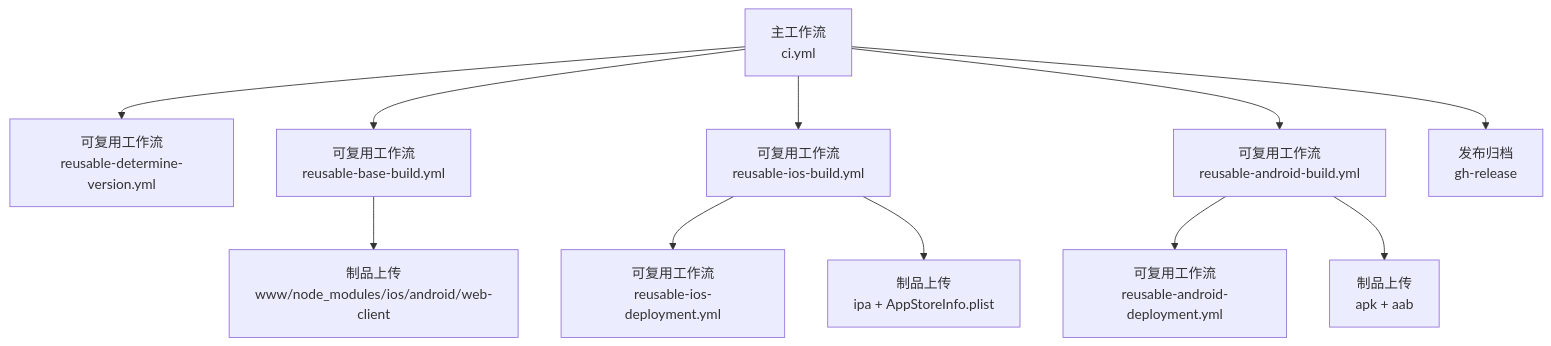
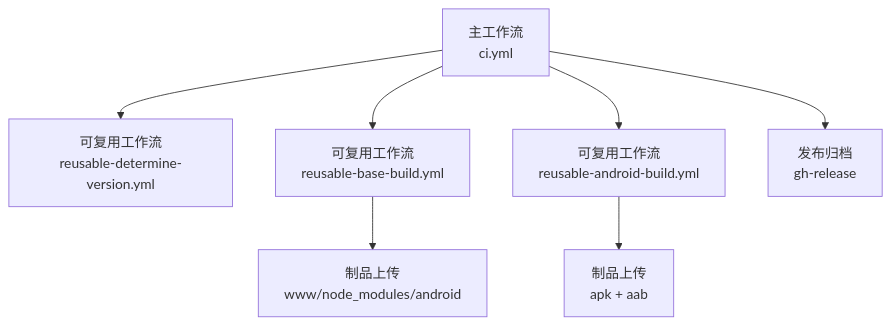
Before and after one commit to dingxyang/Macro-Deck-Client-App: the first of 3 diagrams in .qoder/repowiki/zh/content/构建与部署/CI_CD流程.md, drawn with Mermaid. The commit also changed other lines of this file and 47 other files, not shown here.

````diff
--- a/.qoder/repowiki/zh/content/构建与部署/CI_CD流程.md
+++ b/.qoder/repowiki/zh/content/构建与部署/CI_CD流程.md
@@ -43,13 +44,9 @@
 ```mermaid
 graph TB
 CI["主工作流<br/>ci.yml"] --> DV["可复用工作流<br/>reusable-determine-version.yml"]
 CI --> BB["可复用工作流<br/>reusable-base-build.yml"]
-CI --> IOB["可复用工作流<br/>reusable-ios-build.yml"]
 CI --> ADB["可复用工作流<br/>reusable-android-build.yml"]
-IOB --> IOS_DEPLOY["可复用工作流<br/>reusable-ios-deployment.yml"]
-ADB --> AND_DEPLOY["可复用工作流<br/>reusable-android-deployment.yml"]
-BB --> ART["制品上传<br/>www/node_modules/ios/android/web-client"]
-IOB --> IPA["制品上传<br/>ipa + AppStoreInfo.plist"]
+BB --> ART["制品上传<br/>www/node_modules/android"]
 ADB --> APK["制品上传<br/>apk + aab"]
 CI --> REL["发布归档<br/>gh-release"]
 ```
````
